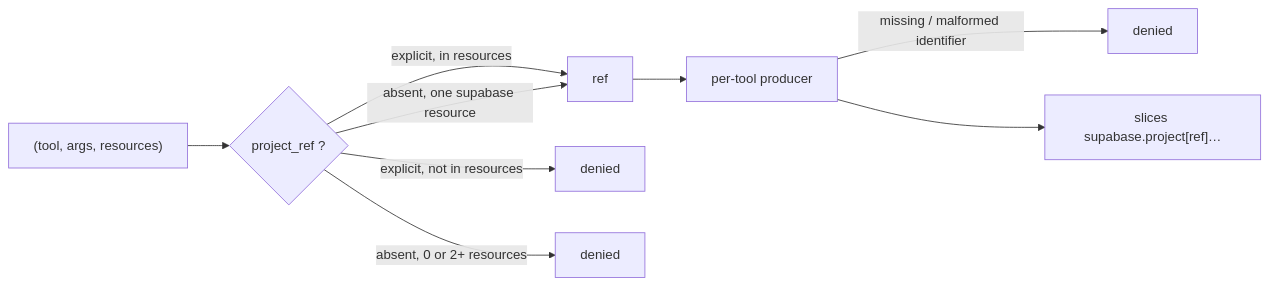
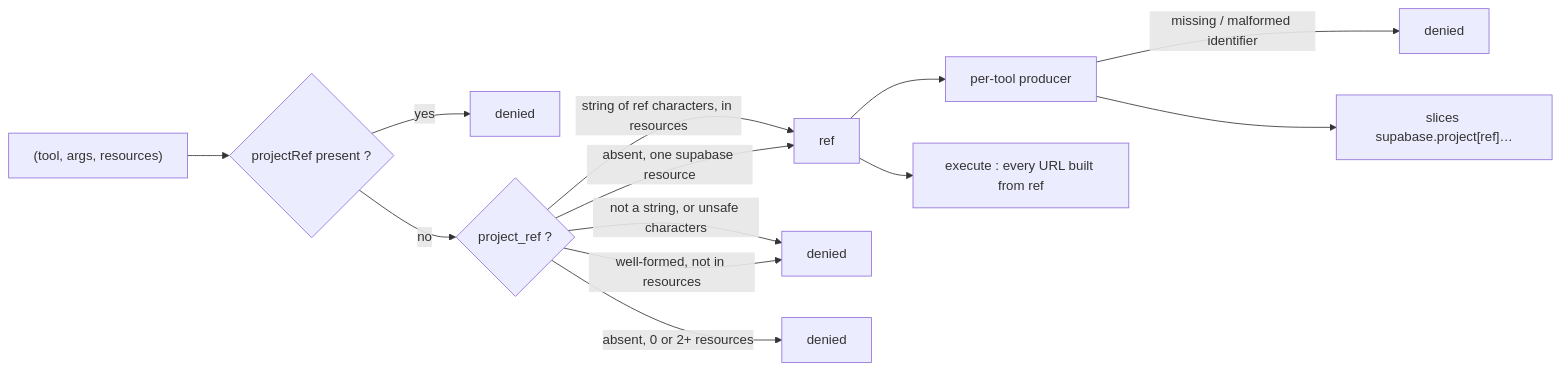
One commit to vaubaan/gateway changed the diagram in docs/handbook/providers/supabase.md. Above: the diagram before and after it, drawn with Mermaid. The commit also changed other lines of this file and 112 other files, not shown here.

````diff
--- a/docs/handbook/providers/supabase.md
+++ b/docs/handbook/providers/supabase.md
@@ -37,11 +38,15 @@
 ```mermaid
 flowchart LR
-  args["(tool, args, resources)"] --> ref{project_ref ?}
-  ref -->|"explicit, in resources"| ok[ref]
-  ref -->|"explicit, not in resources"| d1[denied]
+  args["(tool, args, resources)"] --> alias{projectRef present ?}
+  alias -->|yes| d0[denied]
+  alias -->|no| ref{project_ref ?}
+  ref -->|"string of ref characters, in resources"| ok[ref]
+  ref -->|"not a string, or unsafe characters"| d1[denied]
+  ref -->|"well-formed, not in resources"| d1
   ref -->|"absent, one supabase resource"| ok
   ref -->|"absent, 0 or 2+ resources"| d2[denied]
   ok --> prod["per-tool producer"]
   prod -->|"missing / malformed identifier"| d3[denied]
   prod --> slices["slices supabase.project[ref]…"]
+  ok --> exec["execute : every URL built from ref"]
 ```
````
